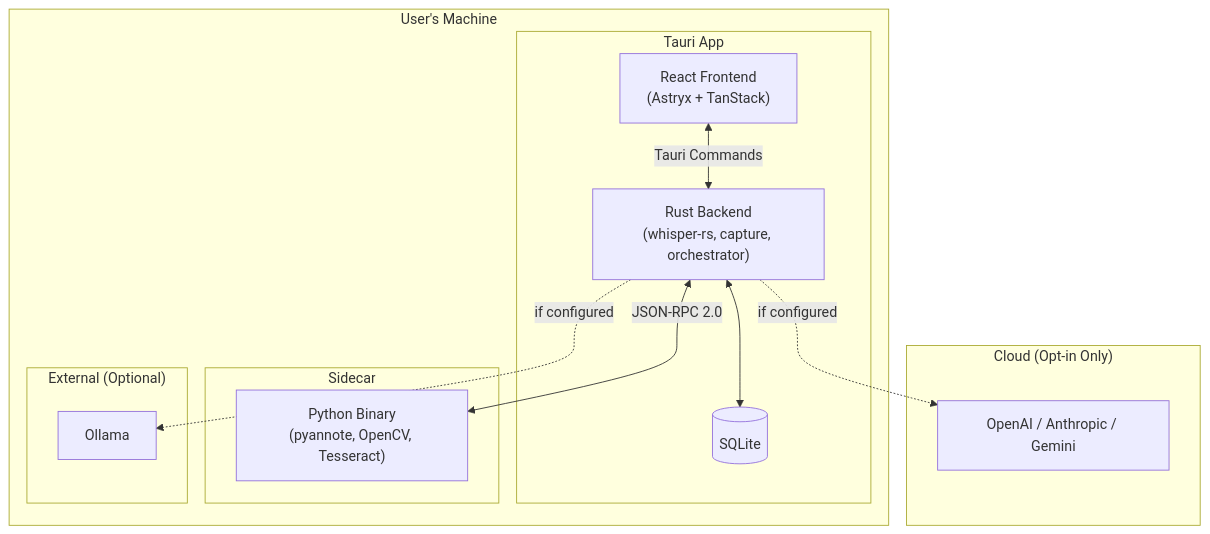
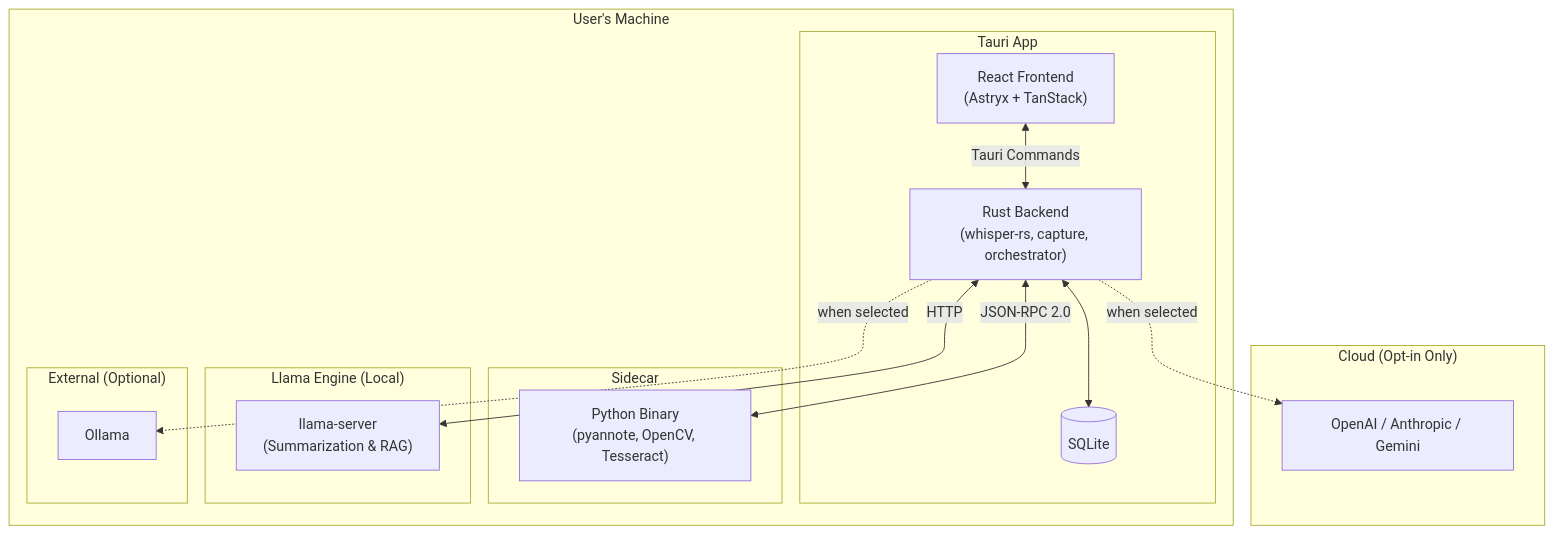
The diagram in docs/plans/PRD.md (Astral420/Locus), drawn with Mermaid before and after one commit. The commit also changed other lines of this file and 8 other files, not shown here.

````diff
--- a/docs/plans/PRD.md
+++ b/docs/plans/PRD.md
@@ -273,25 +297,29 @@
 ```mermaid
 graph TB
     subgraph "User's Machine"
         subgraph "Tauri App"
             FE["React Frontend<br/>(Astryx + TanStack)"]
             BE["Rust Backend<br/>(whisper-rs, capture, orchestrator)"]
             DB[(SQLite)]
         end
         subgraph "Sidecar"
             PY["Python Binary<br/>(pyannote, OpenCV, Tesseract)"]
+        end
+        subgraph "Llama Engine (Local)"
+            LLM["llama-server<br/>(Summarization & RAG)"]
         end
         subgraph "External (Optional)"
             OL[Ollama]
         end
     end
     subgraph "Cloud (Opt-in Only)"
         CL["OpenAI / Anthropic / Gemini"]
     end
 
     FE <-->|Tauri Commands| BE
     BE <-->|JSON-RPC 2.0| PY
     BE <--> DB
-    BE -.->|if configured| OL
-    BE -.->|if configured| CL
+    BE <-->|HTTP| LLM
+    BE -.->|when selected| OL
+    BE -.->|when selected| CL
 ```
````
